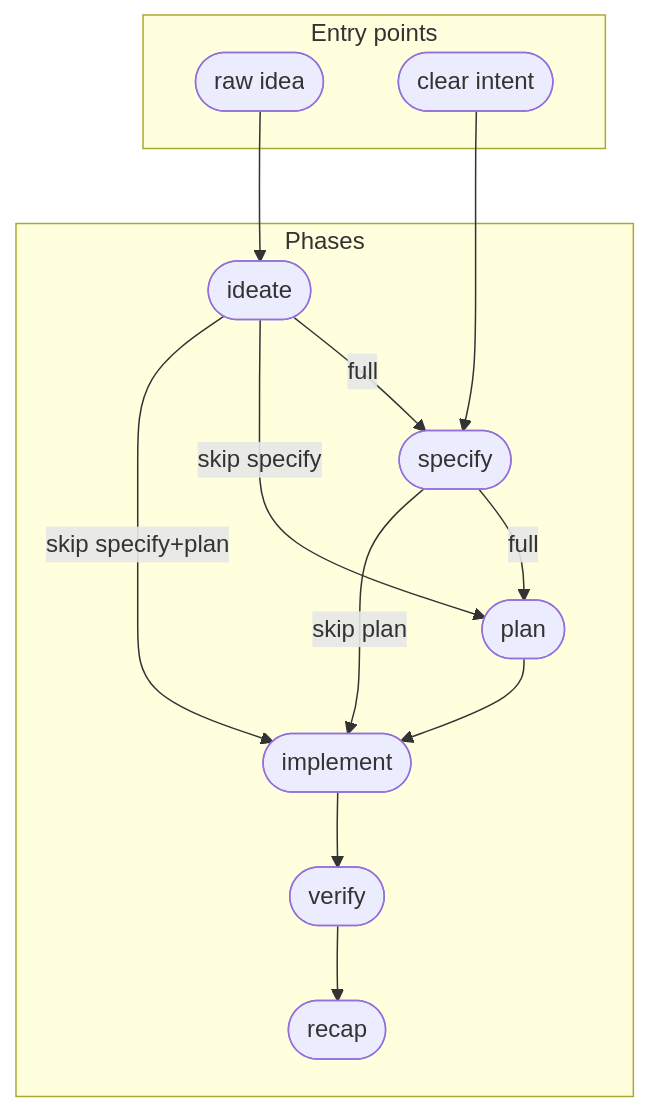
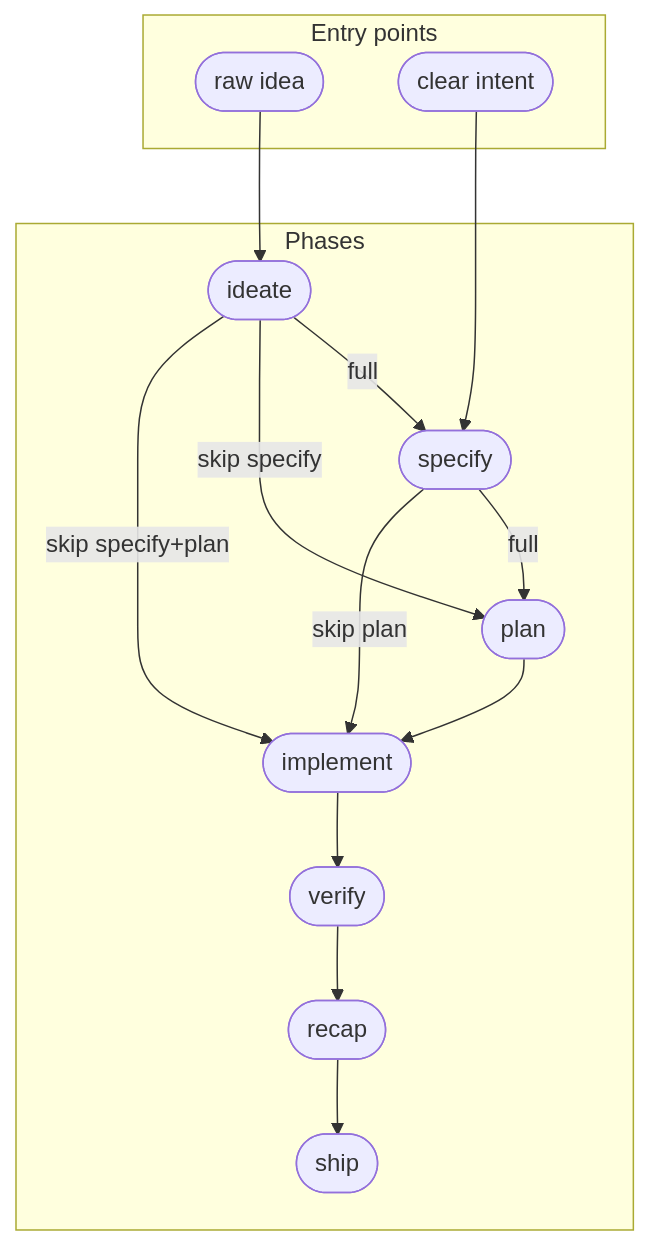
The diagram in spec/features/flexible-lifecycle-flows/README.md (specscore/specstudio-skills), drawn with Mermaid before and after one commit. The commit also changed 1 other file, not shown here.

Commit message:
feat(ship): encode architectural boundary + add recap->ship lifecycle node
Add ship's Architectural Boundary section (load-bearing: ship gates,
records, and dispatches once — never executes or orchestrates; ship: config
exposes only delegate.skill/args) plus a boundary-focused Red Flags list.
Add the terminal recap -> ship node to the flexible-lifecycle-flows valid
flow graph so ship is a recognized downstream of recap.

Verifies: skills/ship#ac:bars-execution-and-orchestration

````diff
--- a/spec/features/flexible-lifecycle-flows/README.md
+++ b/spec/features/flexible-lifecycle-flows/README.md
@@ -20,30 +20,32 @@
 ```mermaid
 flowchart TD
     subgraph "Entry points"
         raw([raw idea])
         clear([clear intent])
     end
 
     subgraph "Phases"
         ideate([ideate])
         specify([specify])
         plan([plan])
         implement([implement])
         verify([verify])
         recap([recap])
+        ship([ship])
     end
 
     raw --> ideate
     clear --> specify
 
     ideate -->|"full"| specify
     ideate -->|"skip specify"| plan
     ideate -->|"skip specify+plan"| implement
     specify -->|"full"| plan
     specify -->|"skip plan"| implement
 
     plan --> implement
 
     implement --> verify
     verify --> recap
+    recap --> ship
 ```
````
